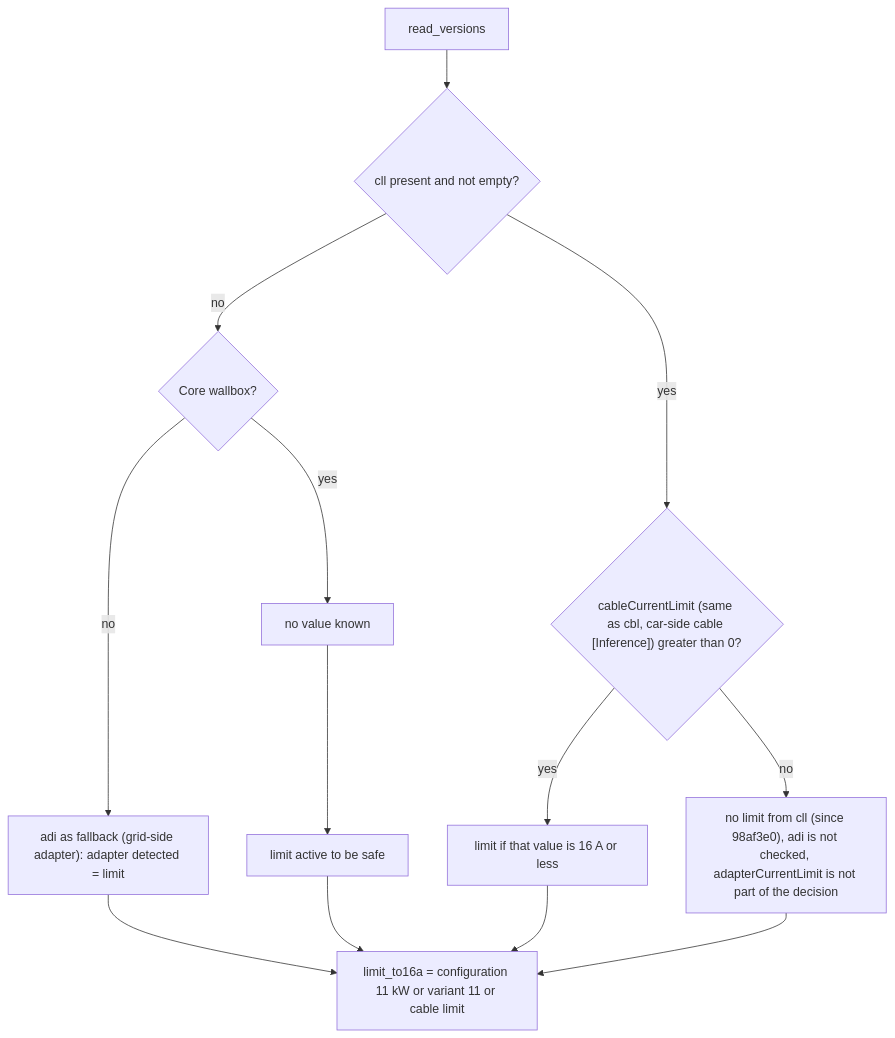
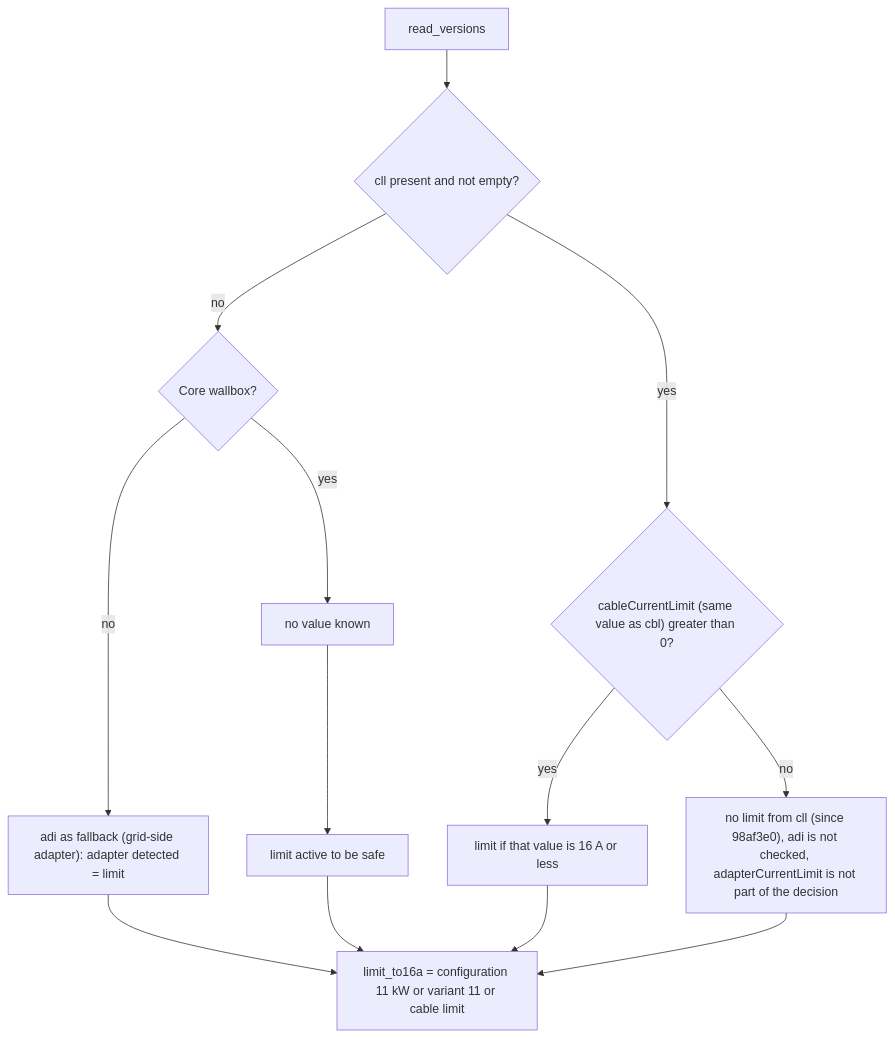
The tenth of 12 diagrams in docs/architecture/arc42-ha-goecharger-api2.md (OliEder/ha-goecharger-api2), drawn with Mermaid before and after one commit. The commit also changed 1 other file, not shown here.

Commit message:
docs: R029 and arc42, which side cableCurrentLimit describes is open; owner confirms the 16 A grid connection

````diff
--- a/docs/architecture/arc42-ha-goecharger-api2.md
+++ b/docs/architecture/arc42-ha-goecharger-api2.md
@@ -430,15 +430,15 @@
 ```mermaid
 flowchart TD
     A["read_versions"] --> B{"cll present and not empty?"}
     B -- no --> F{"Core wallbox?"}
     F -- no --> G["adi as fallback (grid-side adapter): adapter detected = limit"]
     F -- yes --> H["no value known"]
-    B -- yes --> C{"cableCurrentLimit (same as cbl, car-side cable [Inference]) greater than 0?"}
+    B -- yes --> C{"cableCurrentLimit (same value as cbl) greater than 0?"}
     C -- yes --> D["limit if that value is 16 A or less"]
     C -- no --> E["no limit from cll (since 98af3e0), adi is not checked, adapterCurrentLimit is not part of the decision"]
     G --> I
     H --> J["limit active to be safe"]
     D --> I["limit_to16a = configuration 11 kW or variant 11 or cable limit"]
     E --> I
     J --> I
 ```
````
